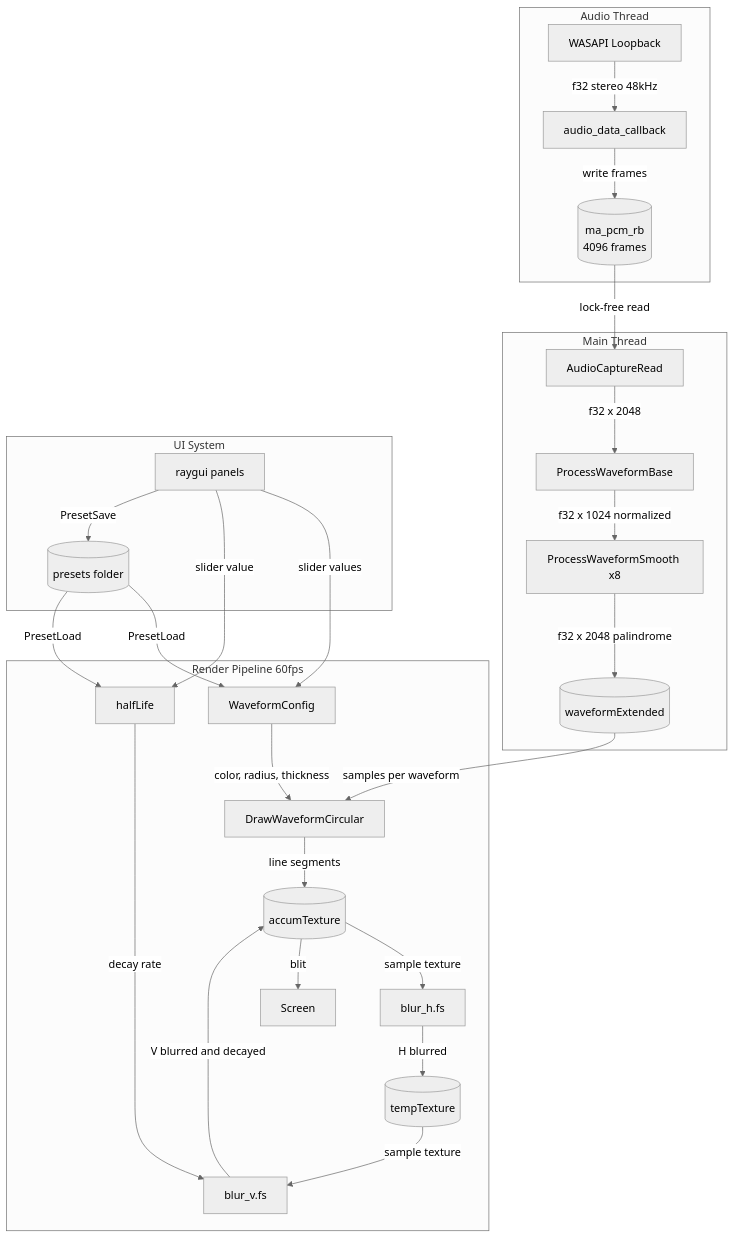
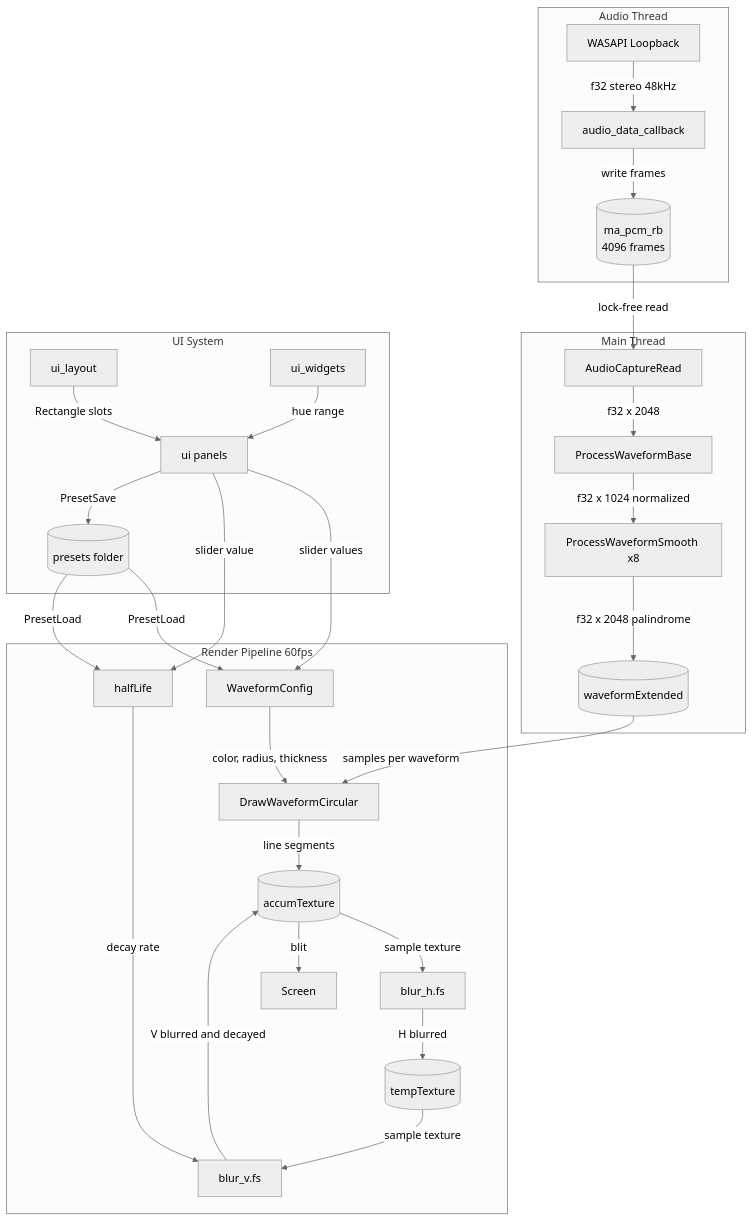
The diagram in docs/architecture.md (EvanLavender13/audio-jones), drawn with Mermaid (neutral theme) before and after one commit. The commit also changed other lines of this file and 8 other files, not shown here.

First line of the commit message:
Extract ui_layout and ui_widgets modules from ui.c

````diff
--- a/docs/architecture.md
+++ b/docs/architecture.md
@@ -11,34 +11,36 @@
 ```mermaid
 flowchart TD
     subgraph AudioThread[Audio Thread]
         WASAPI[WASAPI Loopback] -->|f32 stereo 48kHz| CB[audio_data_callback]
         CB -->|write frames| RB[(ma_pcm_rb<br/>4096 frames)]
     end
 
     subgraph MainLoop[Main Thread]
         RB -->|lock-free read| READ[AudioCaptureRead]
         READ -->|f32 x 2048| BASE[ProcessWaveformBase]
         BASE -->|f32 x 1024 normalized| SMOOTH[ProcessWaveformSmooth x8]
         SMOOTH -->|f32 x 2048 palindrome| EXT[(waveformExtended)]
     end
 
     subgraph RenderPipe[Render Pipeline 60fps]
         EXT -->|samples per waveform| DRAW[DrawWaveformCircular]
         CFG[WaveformConfig] -->|color, radius, thickness| DRAW
         DRAW -->|line segments| ACC[(accumTexture)]
         ACC -->|sample texture| BH[blur_h.fs]
         BH -->|H blurred| TMP[(tempTexture)]
         TMP -->|sample texture| BV[blur_v.fs]
         HL[halfLife] -->|decay rate| BV
         BV -->|V blurred and decayed| ACC
         ACC -->|blit| SCR[Screen]
     end
 
     subgraph UILayer[UI System]
-        PNL[raygui panels] -->|slider values| CFG
+        LAYOUT[ui_layout] -->|Rectangle slots| PNL[ui panels]
+        WIDGETS[ui_widgets] -->|hue range| PNL
+        PNL -->|slider values| CFG
         PNL -->|slider value| HL
         PNL -->|PresetSave| DISK[(presets folder)]
         DISK -->|PresetLoad| CFG
         DISK -->|PresetLoad| HL
     end
 ```
````
